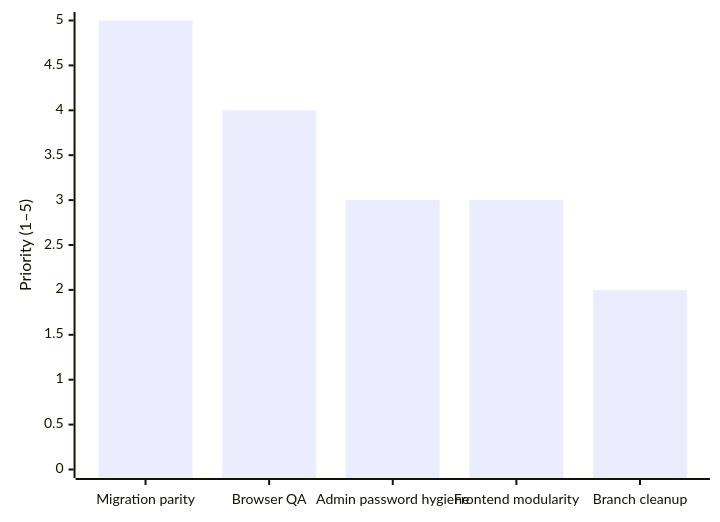
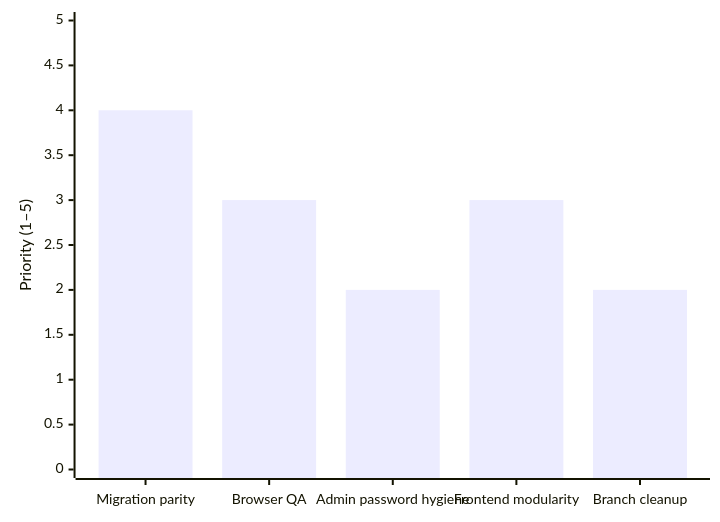
One commit to P1K5UP/FIWS-Portal changed the diagram in docs/PROJECT_AUDIT.md. Above: the diagram before and after it, drawn with Mermaid. The commit also changed other lines of this file, not shown here.

````diff
--- a/docs/PROJECT_AUDIT.md
+++ b/docs/PROJECT_AUDIT.md
@@ -67,6 +67,6 @@
 ```mermaid
 xychart-beta
   x-axis ["Migration parity", "Browser QA", "Admin password hygiene", "Frontend modularity", "Branch cleanup"]
   y-axis "Priority (1–5)" 0 --> 5
-  bar [5, 4, 3, 3, 2]
+  bar [4, 3, 2, 3, 2]
 ```
````
